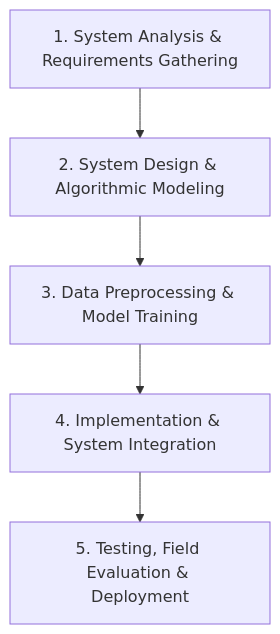
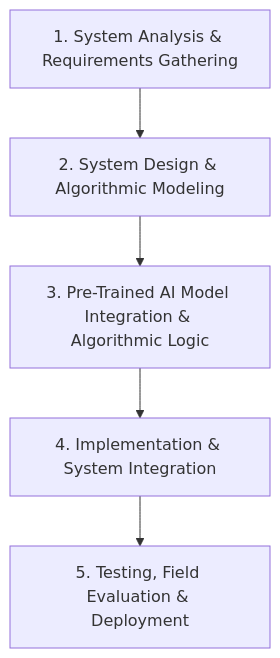
Before and after one commit to Chun-taro/AI-Powered-Yellow-Box-Zone-Violation-Monitoring-System: the second of 6 diagrams in docs/Revised_Research_Paper.md, drawn with Mermaid. The commit also changed other lines of this file, not shown here.

Commit message:
Refactor manuscript to use pre-trained AI model integration, removing custom training and preprocessing claims per instructor feedback

````diff
--- a/docs/Revised_Research_Paper.md
+++ b/docs/Revised_Research_Paper.md
@@ -440,7 +439,7 @@
 ```mermaid
 flowchart TD
     A["1. System Analysis & Requirements Gathering"] --> B["2. System Design & Algorithmic Modeling"]
-    B --> C["3. Data Preprocessing & Model Training"]
+    B --> C["3. Pre-Trained AI Model Integration & Algorithmic Logic"]
     C --> D["4. Implementation & System Integration"]
     D --> E["5. Testing, Field Evaluation & Deployment"]
 ```
````
